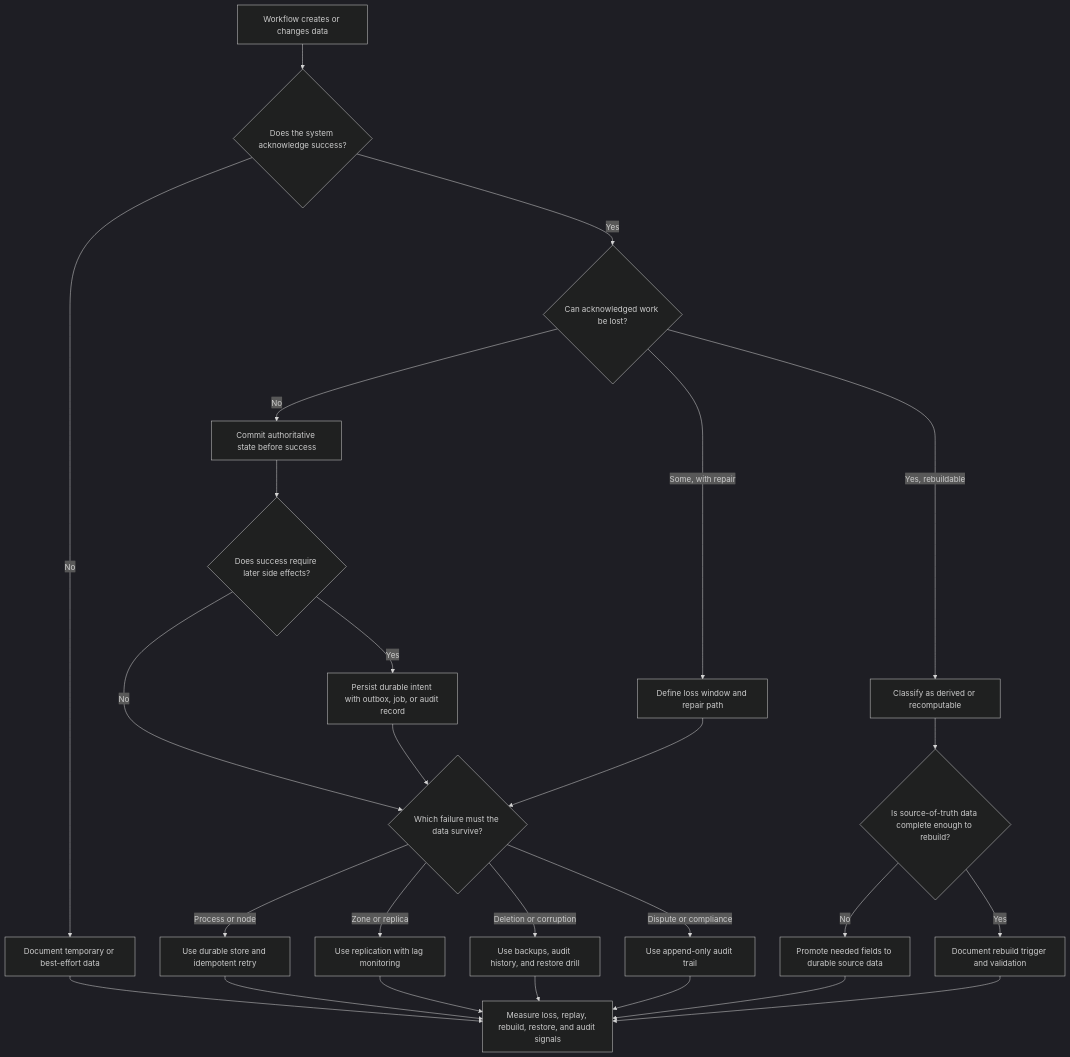
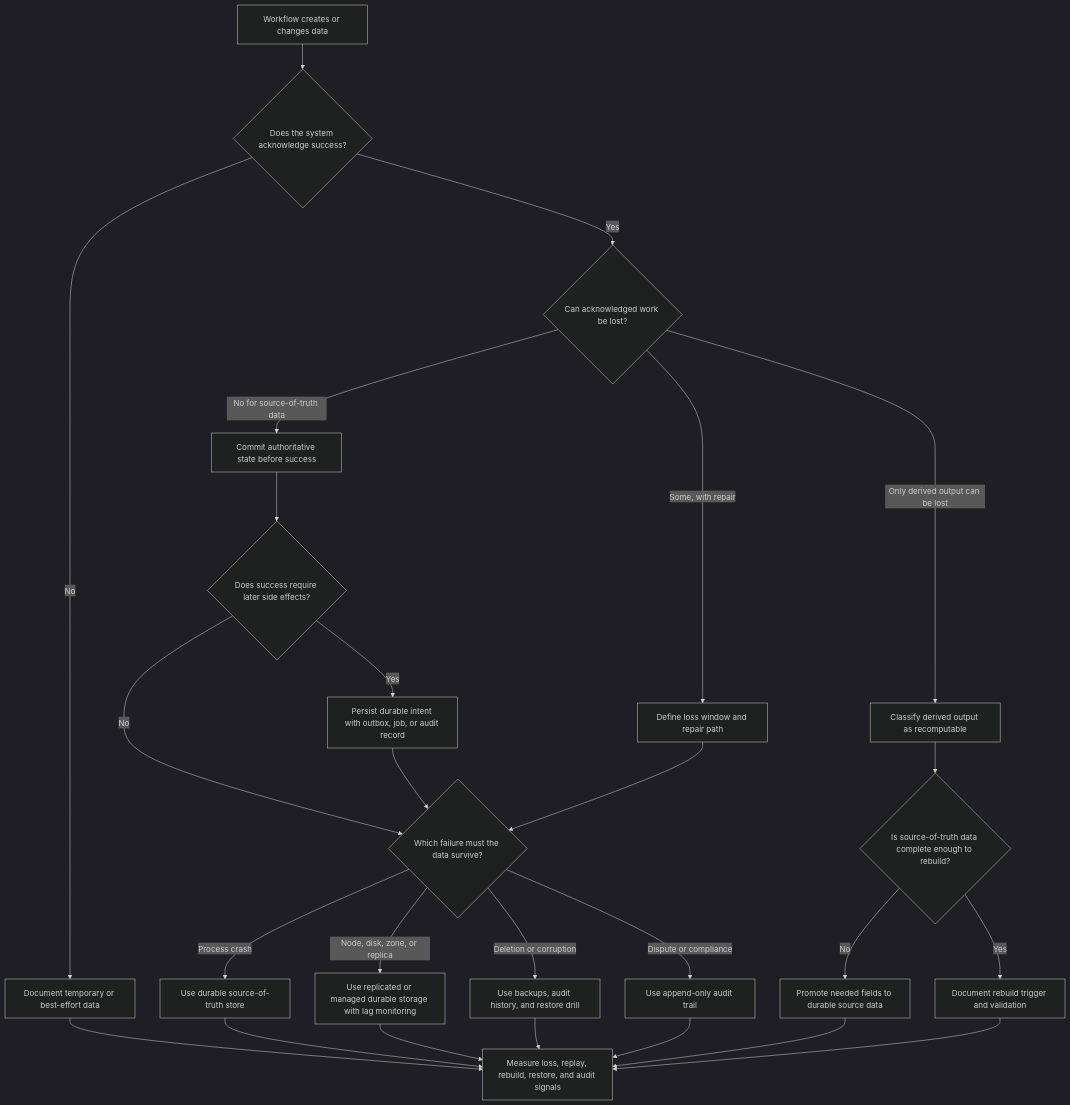
Before and after one commit to LeonSilva15/system-design: the diagram in docs/requirements/durability.md, drawn with Mermaid (dark theme). The commit also changed other lines of this file, not shown here.

````diff
--- a/docs/requirements/durability.md
+++ b/docs/requirements/durability.md
@@ -66,33 +66,33 @@
 ```mermaid
 flowchart TD
     Start[Workflow creates or changes data] --> Success{Does the system acknowledge success?}
     Success -->|No| Temporary[Document temporary or best-effort data]
     Success -->|Yes| Loss{Can acknowledged work be lost?}
 
-    Loss -->|No| Durable[Commit authoritative state before success]
+    Loss -->|No for source-of-truth data| Durable[Commit authoritative state before success]
     Loss -->|Some, with repair| RPO[Define loss window and repair path]
-    Loss -->|Yes, rebuildable| Recompute[Classify as derived or recomputable]
+    Loss -->|Only derived output can be lost| Recompute[Classify derived output as recomputable]
 
     Durable --> Async{Does success require later side effects?}
     Async -->|Yes| Intent[Persist durable intent with outbox, job, or audit record]
     Async -->|No| Failure{Which failure must the data survive?}
 
     Intent --> Failure
     RPO --> Failure
     Recompute --> Source{Is source-of-truth data complete enough to rebuild?}
     Source -->|No| Promote[Promote needed fields to durable source data]
     Source -->|Yes| Rebuild[Document rebuild trigger and validation]
 
-    Failure -->|Process or node| Persist[Use durable store and idempotent retry]
-    Failure -->|Zone or replica| Replicate[Use replication with lag monitoring]
+    Failure -->|Process crash| Persist[Use durable source-of-truth store]
+    Failure -->|Node, disk, zone, or replica| Replicate[Use replicated or managed durable storage with lag monitoring]
     Failure -->|Deletion or corruption| Backup[Use backups, audit history, and restore drill]
     Failure -->|Dispute or compliance| Audit[Use append-only audit trail]
 
     Temporary --> Observe[Measure loss, replay, rebuild, restore, and audit signals]
     Persist --> Observe
     Replicate --> Observe
     Backup --> Observe
     Audit --> Observe
     Promote --> Observe
     Rebuild --> Observe
 ```
````
